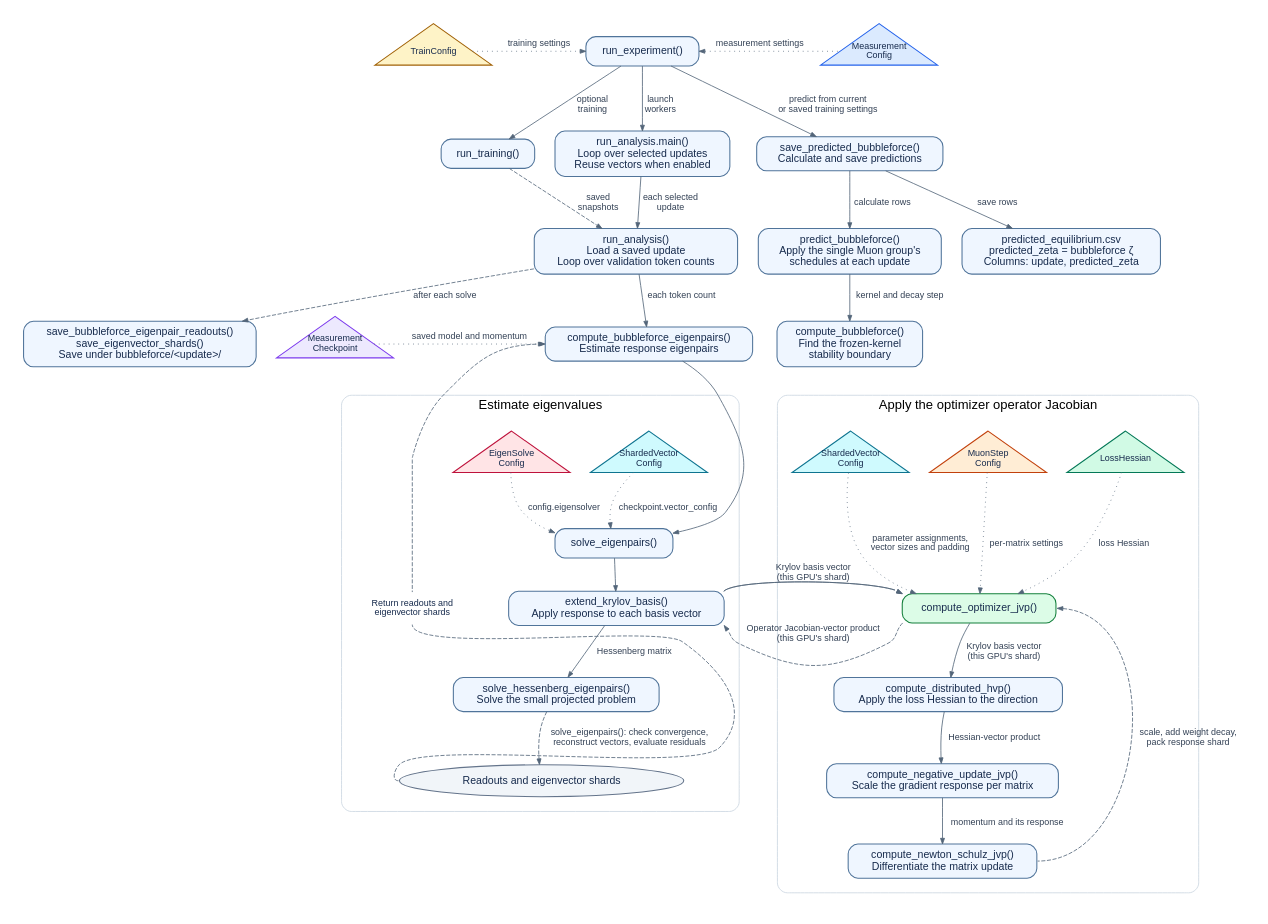
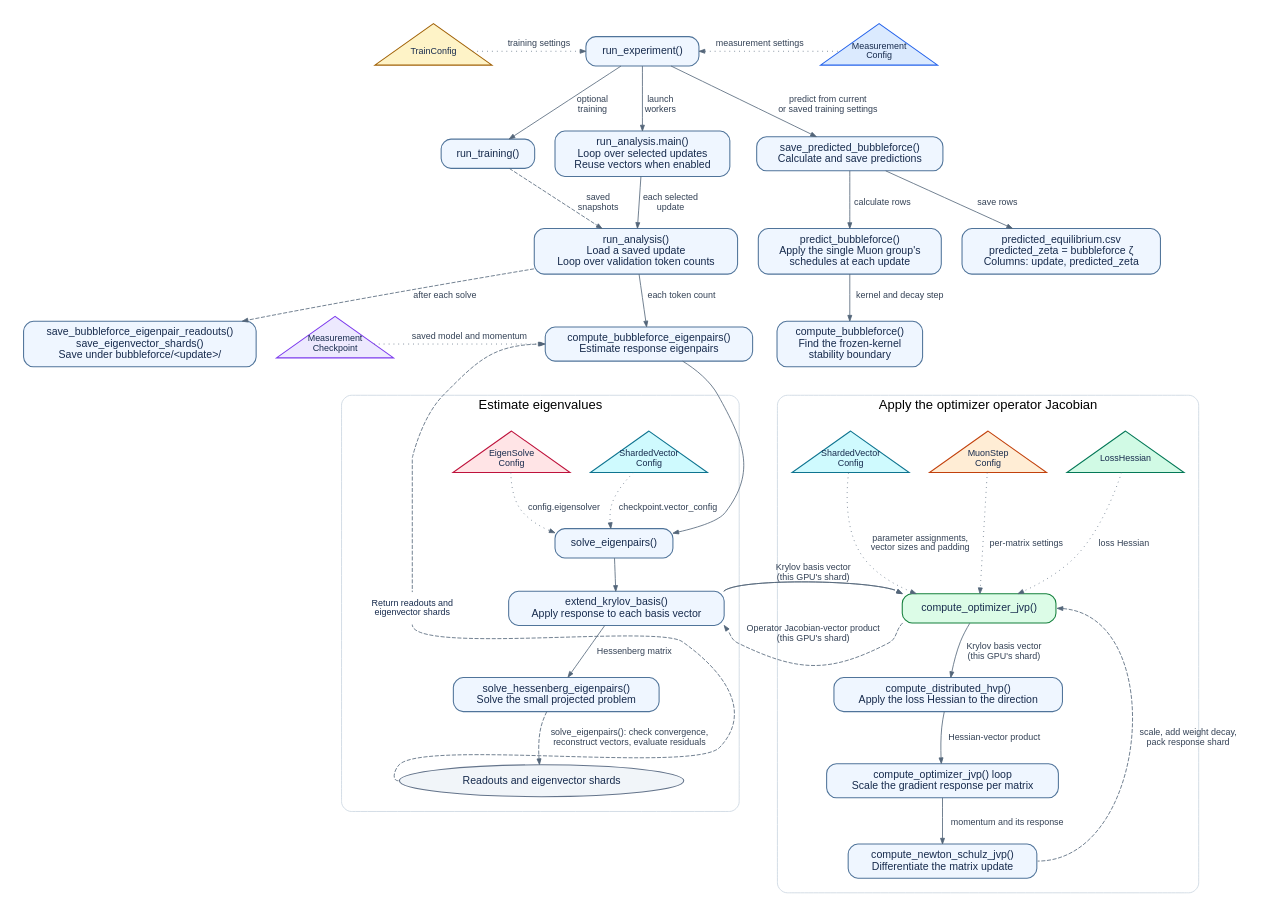
Before and after one commit to jeffreycider/bubbleforce: the diagram in figures/architecture.dot, drawn with Graphviz. The commit also changed 23 other files, not shown here.

First line of the commit message:
Measure the historical Muon response and update the architecture diagram

```diff
--- a/figures/architecture.dot
+++ b/figures/architecture.dot
@@ -1,112 +1,112 @@
 digraph architecture {
   graph [rankdir=TB, bgcolor="white", pad=0.3, nodesep=0.35, ranksep=0.55,
          fontname="Helvetica", fontsize=16, compound=true, newrank=true];
   node [shape=box, style="rounded,filled", fillcolor="#EFF6FF", color="#50749A",
         fontname="Helvetica", fontsize=13, fontcolor="#172B4D", penwidth=1.3,
         margin="0.16,0.10", target="_blank"];
   edge [color="#536579", fontname="Helvetica", fontsize=11, fontcolor="#334155",
         arrowsize=0.7];
 
   runner [label="run_experiment()", URL="../run.py#L117"];
   train [label="run_training()", URL="../run.py#L187"];
   measurement_main [label="run_analysis.main()\nLoop over selected updates\nReuse vectors when enabled", URL="../bubbleforce/run_analysis.py#L235"];
   analysis [ordering=out, label="run_analysis()\nLoad a saved update\nLoop over validation token counts", URL="../bubbleforce/run_analysis.py#L171"];
   prepare [label="compute_bubbleforce_eigenpairs()\nEstimate response eigenpairs", URL="../bubbleforce/run_analysis.py#L121"];
   boundary [label="predict_bubbleforce()\nApply the single Muon group's\nschedules at each update", URL="../bubbleforce/run_analysis.py#L75"];
   boundary_solver [label="compute_bubbleforce()\nFind the frozen-kernel\nstability boundary", URL="../bubbleforce/analysis/compute_bubbleforce.py#L40"];
   prediction_writer [label="save_predicted_bubbleforce()\nCalculate and save predictions", URL="../run.py#L161"];
   prediction_csv [label="predicted_equilibrium.csv\npredicted_zeta = bubbleforce ζ\nColumns: update, predicted_zeta"];
   saved_readouts [label="save_bubbleforce_eigenpair_readouts()\nsave_eigenvector_shards()\nSave under bubbleforce/<update>/", URL="../bubbleforce/logging.py#L34"];
 
   train_config [shape=triangle, style=filled, fixedsize=true, width=2.0, height=0.95, fillcolor="#FEF3C7", color="#A16207",
                 label="TrainConfig", fontsize=11, URL="../configs/train_config.py#L55"];
   measurement_config [shape=triangle, style=filled, fixedsize=true, width=2.0, height=0.95, fillcolor="#DBEAFE", color="#2563EB",
                       label="Measurement\nConfig", fontsize=11, URL="../configs/measurement_config.py#L159"];
   checkpoint [shape=triangle, style=filled, fixedsize=true, width=2.0, height=0.95, fillcolor="#EDE9FE", color="#7C3AED",
               label="Measurement\nCheckpoint", fontsize=11, URL="../bubbleforce/load_checkpoint.py#L21"];
 
   { rank=same; train_config; runner; measurement_config; }
   { rank=same; train; measurement_main; prediction_writer; }
   train_config -> runner [ style=dotted, label="training settings"];
   runner -> measurement_config [dir=back, style=dotted, label="measurement settings"];
   runner -> train [label="optional\ntraining"];
   runner -> prediction_writer [label="predict from current\nor saved training settings"];
   runner -> measurement_main [label="launch\nworkers"];
   measurement_main -> analysis [label="each selected\nupdate"];
   train -> analysis [style=dashed, label="saved\nsnapshots", constraint=false];
   checkpoint -> prepare [style=dotted, label="saved model and momentum"];
   analysis -> prepare [label="each token count"];
   analysis -> saved_readouts [label="after each solve", style=dashed];
   prediction_writer -> boundary [label="calculate rows"];
   boundary -> boundary_solver [label="kernel and decay step"];
   prediction_writer -> prediction_csv [label="save rows"];
   { rank=same; analysis; boundary; prediction_csv; }
   { rank=same; checkpoint; prepare; boundary_solver; saved_readouts; }
 
   subgraph cluster_solver {
     return_mid;
     return_upper [shape=point, style=invis, width=0, height=0, label="", group="return"];
     label="Estimate eigenvalues";
     style="rounded"; color="#CBD5E1"; margin=18;
     vector_config [shape=triangle, style=filled, fixedsize=true, width=2.0, height=0.95, fillcolor="#CFFAFE", color="#0E7490",
                    label="ShardedVector\nConfig", fontsize=11, URL="../configs/measurement_config.py#L82"];
     eigen_config [shape=triangle, style=filled, fixedsize=true, width=2.0, height=0.95, fillcolor="#FFE4E6", color="#BE123C",
                   label="EigenSolve\nConfig", fontsize=11, URL="../configs/measurement_config.py#L14"];
     solve [label="solve_eigenpairs()", URL="../bubbleforce/analysis/eigensolver.py#L304"];
     extend [label="extend_krylov_basis()\nApply response to each basis vector", URL="../bubbleforce/analysis/krylov.py#L127"];
     small [label="solve_hessenberg_eigenpairs()\nSolve the small projected problem", URL="../bubbleforce/analysis/krylov.py#L217"];
     result [shape=ellipse, style=filled, fillcolor="#F1F5F9", color="#64748B",
             label="Readouts and eigenvector shards"];
     { rank=same; vector_config; eigen_config; }
     vector_config -> solve [style=dotted, label="checkpoint.vector_config"];
     eigen_config -> solve [style=dotted, label="config.eigensolver"];
     solve -> extend;
     extend -> small [label="Hessenberg matrix"];
     small -> result [style=dashed, label="solve_eigenpairs(): check convergence,\nreconstruct vectors, evaluate residuals"];
   }
 
   subgraph cluster_response {
     label="Apply the optimizer operator Jacobian";
     style="rounded"; color="#CBD5E1"; margin=18;
     response [label="compute_optimizer_jvp()", fillcolor="#DCFCE7", color="#15803D",
-              URL="../bubbleforce/analysis/muon_step.py#L62"];
+              URL="../bubbleforce/analysis/muon_jvp.py#L57"];
     hessian [shape=triangle, style=filled, fixedsize=true, width=2.0, height=0.95, fillcolor="#D1FAE5", color="#047857",
              label="LossHessian", fontsize=11, URL="../bubbleforce/analysis/loss_hessian.py#L11"];
     hvp [label="compute_distributed_hvp()\nApply the loss Hessian to the direction",
          URL="../bubbleforce/analysis/sharded_hessian.py#L12"];
     step_config [shape=triangle, style=filled, fixedsize=true, width=2.0, height=0.95, fillcolor="#FFEDD5", color="#C2410C",
                  label="MuonStep\nConfig", fontsize=11, URL="../configs/measurement_config.py#L60"];
     response_vector_config [shape=triangle, style=filled, fixedsize=true, width=2.0, height=0.95, fillcolor="#CFFAFE", color="#0E7490",
                             label="ShardedVector\nConfig", fontsize=11, URL="../configs/measurement_config.py#L82"];
-    negative [label="compute_negative_update_jvp()\nScale the gradient response per matrix",
-              URL="../bubbleforce/analysis/muon_step.py#L14"];
+    negative [label="compute_optimizer_jvp() loop\nScale the gradient response per matrix",
+              URL="../bubbleforce/analysis/muon_jvp.py#L81"];
     ns [label="compute_newton_schulz_jvp()\nDifferentiate the matrix update",
-        URL="../bubbleforce/analysis/muon_jvp.py#L12"];
+        URL="../bubbleforce/analysis/muon_jvp.py#L18"];
     { rank=same; hessian; step_config; response_vector_config; }
     hessian -> response [style=dotted, label="loss Hessian"];
     step_config -> response [style=dotted, label="per-matrix settings"];
     response_vector_config -> response [style=dotted, label="parameter assignments,\nvector sizes and padding"];
     response -> hvp [label="Krylov basis vector\n(this GPU's shard)"];
     hvp -> negative [label="Hessian-vector product"];
     negative -> ns [label="momentum and its response"];
     response:e -> ns:e [dir=back, style=dashed, label="scale, add weight decay,\npack response shard", weight=0];
   }
 
   prepare -> solve;
   prepare -> vector_config [style=invis];
   prepare -> eigen_config [style=invis];
   { rank=same; vector_config; eigen_config; hessian; }
   { rank=same; extend; response; }
   { rank=same; small; hvp; }
   extend:ne -> response:nw [label="Krylov basis vector\n(this GPU's shard)", constraint=false];
   response:sw -> extend:se [style=dashed, label="Operator Jacobian-vector product\n(this GPU's shard)", constraint=false];
 
   return_mid [group="return", shape=plaintext, style="", label="Return readouts and\neigenvector shards", fontsize=11];
   { rank=same; return_mid; extend; response; }
   return_mid -> extend [style=invis, weight=1000];
   result:w -> return_mid:s [style=dashed, arrowhead=none, constraint=false];
   { rank=same; return_upper; vector_config; eigen_config; }
   return_upper -> eigen_config [style=invis, weight=1000];
   return_upper -> return_mid:n [style=dashed, dir=none, weight=1000];
   return_upper -> prepare:w [style=dashed, constraint=false];
 }
```
